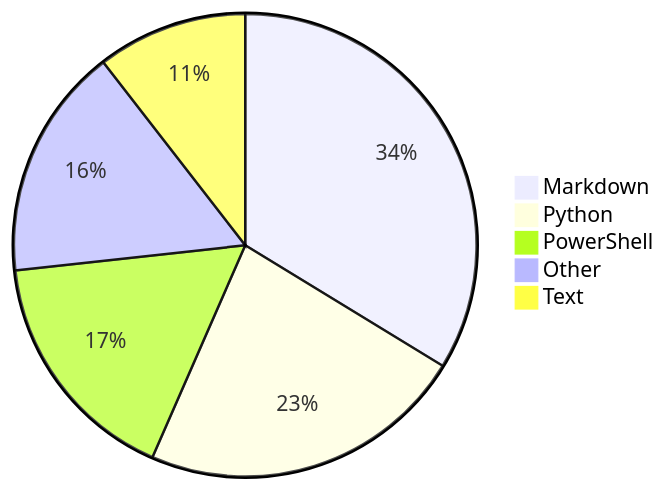
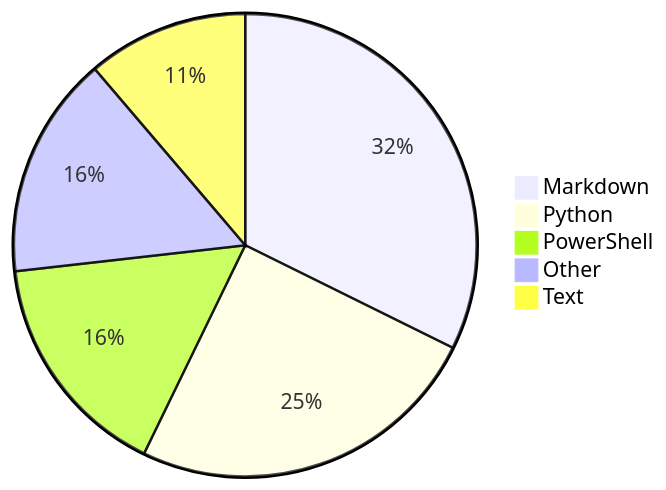
One commit to Alicia111/alicia111 changed the diagram in README.md. Above: the diagram before and after it, drawn with Mermaid.

Commit message:
Update WakaTime stats (・ω・)b

````diff
--- a/README.md
+++ b/README.md
@@ -32,8 +32,8 @@
 ```mermaid
 pie
-    "Markdown" : 28.84
-    "Python" : 19.53
-    "PowerShell" : 14.28
-    "Other" : 13.88
-    "Text" : 8.98
+    "Markdown" : 27.76
+    "Python" : 21.39
+    "PowerShell" : 13.75
+    "Other" : 13.37
+    "Text" : 9.66
 ```
````
